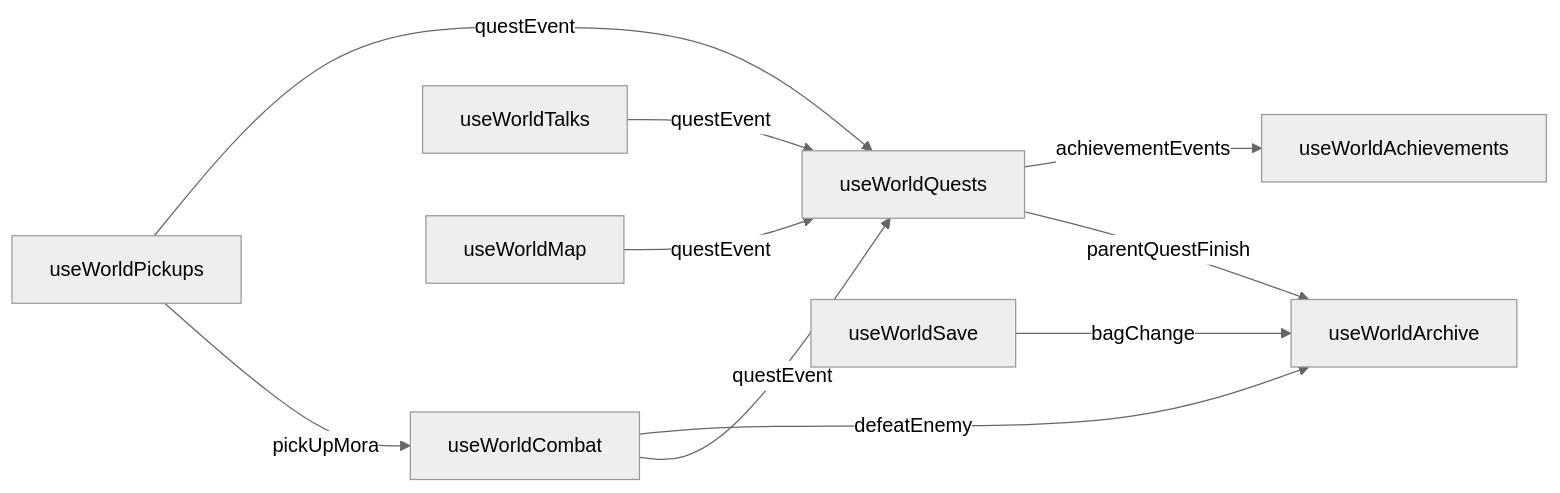
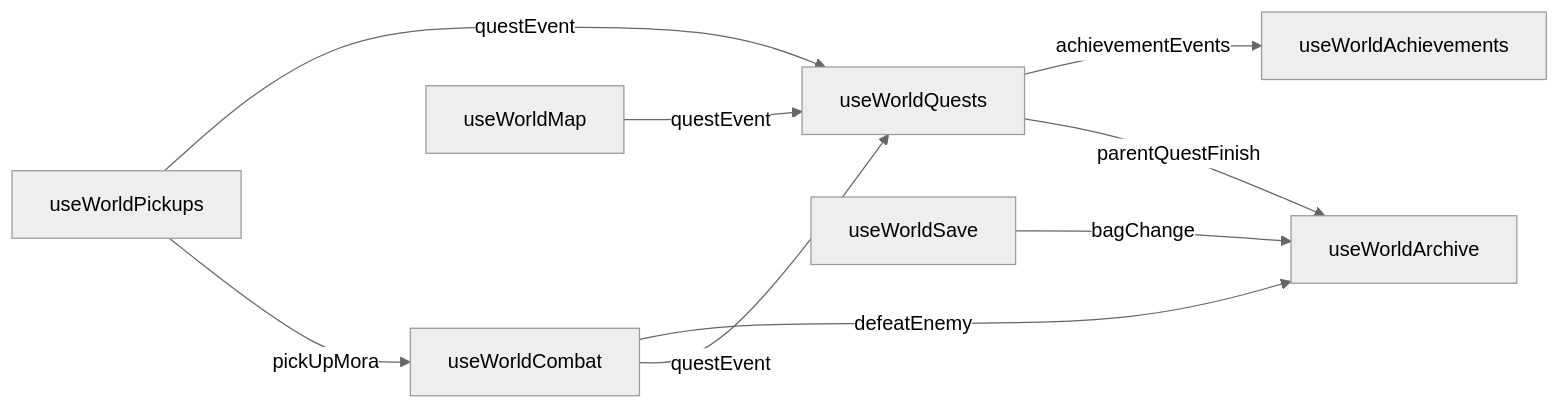
The second of 2 diagrams in openspec/specs/genshin/engine-architecture/design.md (Esposter/Esposter), drawn with Mermaid (neutral theme) before and after one commit. The commit also changed other lines of this file and 1 other file, not shown here.

First line of the commit message:
docs(genshin): the enemies boss row keeps its unclaimed case, and the engine-architecture diagram drops the Talks quest edge the code does not emit

````diff
--- a/openspec/specs/genshin/engine-architecture/design.md
+++ b/openspec/specs/genshin/engine-architecture/design.md
@@ -78,12 +78,11 @@
 ```mermaid
 flowchart LR
   Pick[useWorldPickups] -->|questEvent| Quests[useWorldQuests]
   Pick -->|pickUpMora| Combat[useWorldCombat]
   Combat -->|defeatEnemy| Archive[useWorldArchive]
   Combat -->|questEvent| Quests
-  Talks[useWorldTalks] -->|questEvent| Quests
   Save[useWorldSave] -->|bagChange| Archive
   Quests -->|achievementEvents| Achievements[useWorldAchievements]
   Quests -->|parentQuestFinish| Archive
   Map[useWorldMap] -->|questEvent| Quests
 ```
````
